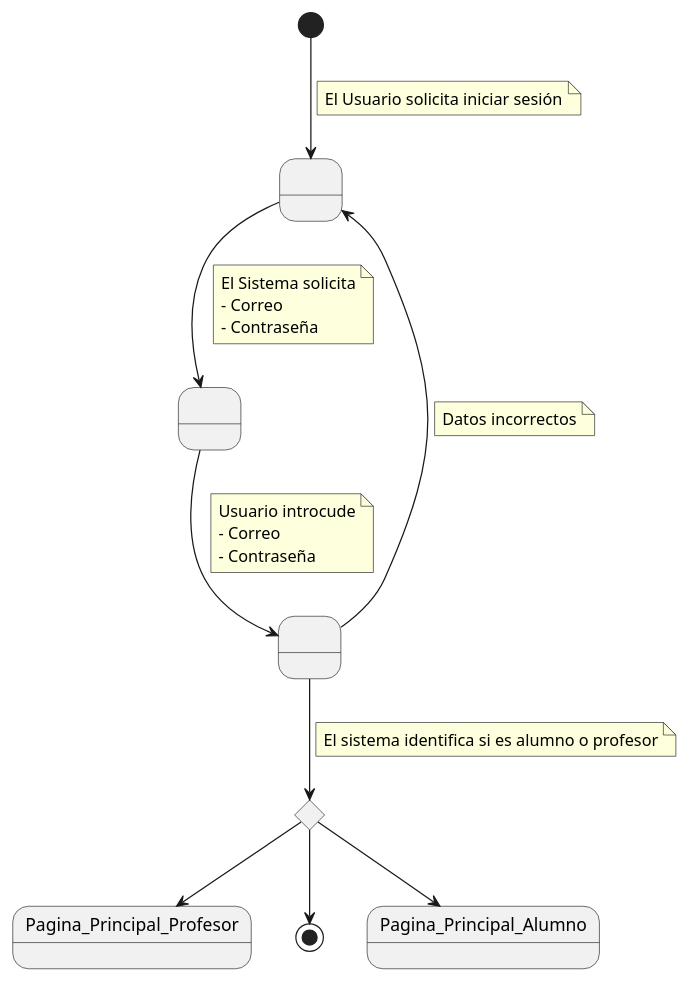
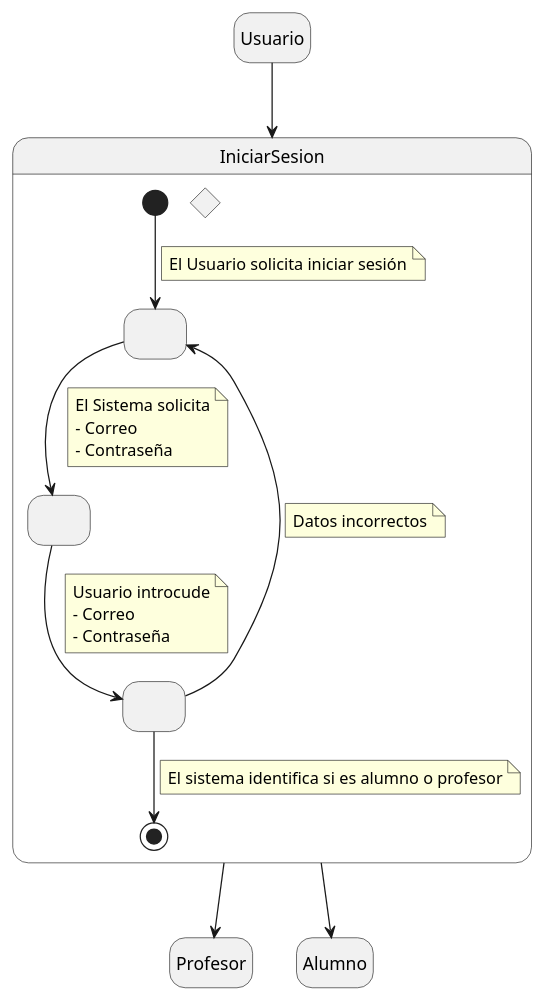
One commit to mmasias/24-25-IdSw1-SDR changed the diagram in Documentos/DetallarCasosDeUso/IniciarSesion.puml. Above: the diagram before and after it, drawn with PlantUML. The commit also changed 1 other file, not shown here.

Commit message:
Iniciar sesion

```diff
--- a/Documentos/DetallarCasosDeUso/IniciarSesion.puml
+++ b/Documentos/DetallarCasosDeUso/IniciarSesion.puml
@@ -1,37 +1,46 @@
 @startuml
 
-state " " as Estado1
+hide empty description
+
+state Usuario
+state IniciarSesion{
+    state " " as Estado1
 state " " as Estado2
 state " " as Estado3
 
 [*] --> Estado1
     note on link
         El Usuario solicita iniciar sesión
     end note
 Estado1 --> Estado2
     note on link
         El Sistema solicita
         - Correo
         - Contraseña
     end note
     Estado2 --> Estado3
     note on link
         Usuario introcude
         - Correo
         - Contraseña
     end note
 state rombo <<choice>>
-        Estado3 --> rombo
+        Estado3 --> [*]
     note on link
         El sistema identifica si es alumno o profesor
     end note
 
         Estado3 --> Estado1
     note on link
         Datos incorrectos
     end note
-    rombo --> Pagina_Principal_Profesor
-    rombo --> [*]
-    rombo --> Pagina_Principal_Alumno
+}
+state Profesor
+state Alumno
+
+
+Usuario --> IniciarSesion
+IniciarSesion --> Profesor
+IniciarSesion --> Alumno
 
 @enduml
```
